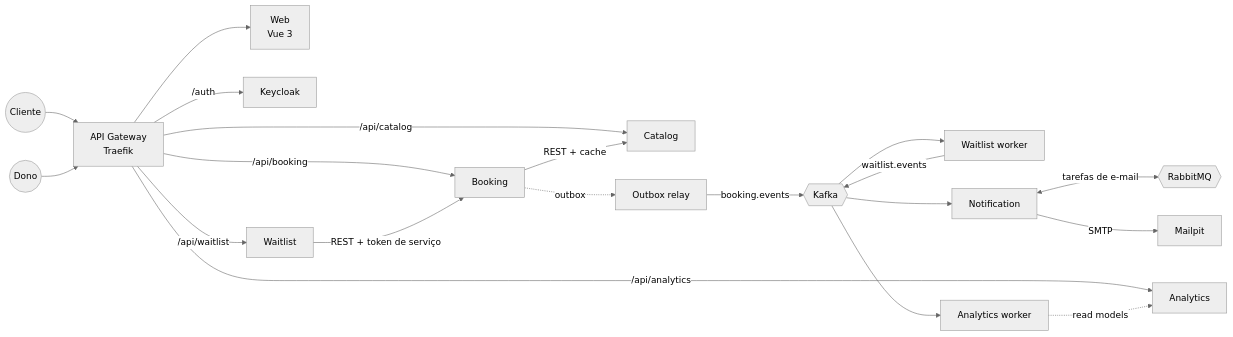
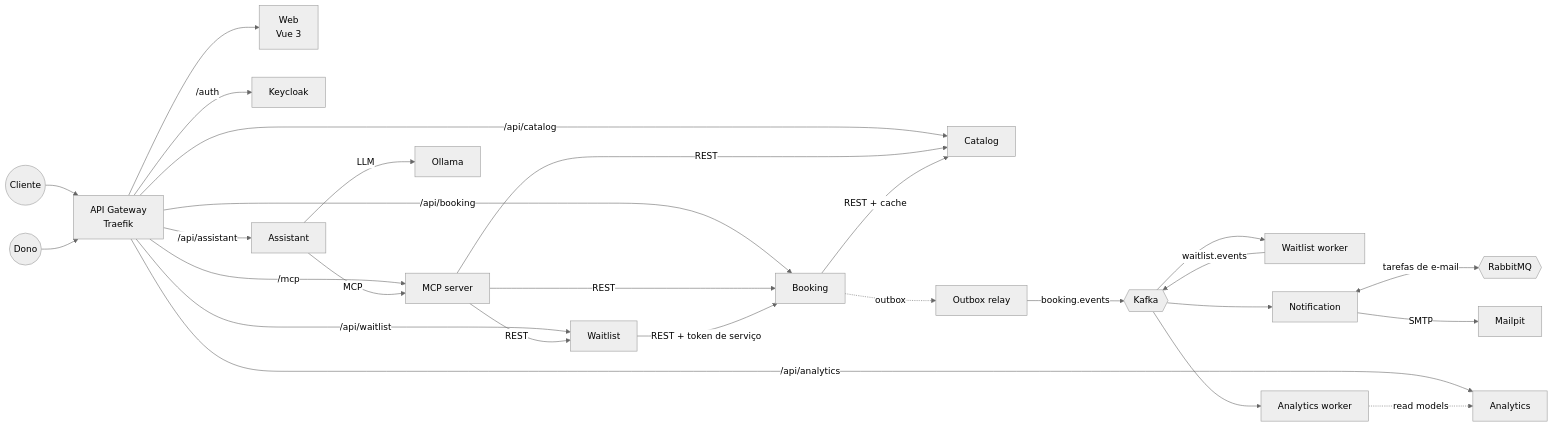
One commit to dev-matheusfranca/VagaCerta changed the first of 3 diagrams in README.md. Above: the diagram before and after it, drawn with Mermaid (neutral theme). The commit also changed other lines of this file and 2 other files, not shown here.

First line of the commit message:
docs: document the assistant, the MCP server and Kubernetes

````diff
--- a/README.md
+++ b/README.md
@@ -113,22 +121,27 @@
 ```mermaid
 flowchart LR
     client((Cliente)) --> gateway
     owner((Dono)) --> gateway
     gateway["API Gateway<br/>Traefik"] --> web["Web<br/>Vue 3"]
     gateway -->|/auth| keycloak["Keycloak"]
     gateway -->|/api/catalog| catalog["Catalog"]
     gateway -->|/api/booking| booking["Booking"]
     gateway -->|/api/waitlist| waitlist["Waitlist"]
     gateway -->|/api/analytics| analytics["Analytics"]
+    gateway -->|/api/assistant| assistant["Assistant"]
+    gateway -->|/mcp| mcp["MCP server"]
+    assistant -->|MCP| mcp
+    assistant -->|LLM| ollama["Ollama"]
+    mcp -->|REST| catalog & booking & waitlist
     booking -->|REST + cache| catalog
     waitlist -->|"REST + token de serviço"| booking
     booking -.->|outbox| relay["Outbox relay"]
     relay -->|booking.events| kafka{{Kafka}}
     kafka --> worker["Waitlist worker"]
     worker -->|waitlist.events| kafka
     kafka --> notification["Notification"]
     kafka --> projector["Analytics worker"]
     projector -.->|read models| analytics
     notification <-->|tarefas de e-mail| rabbitmq{{RabbitMQ}}
     notification -->|SMTP| mailpit["Mailpit"]
 ```
````
